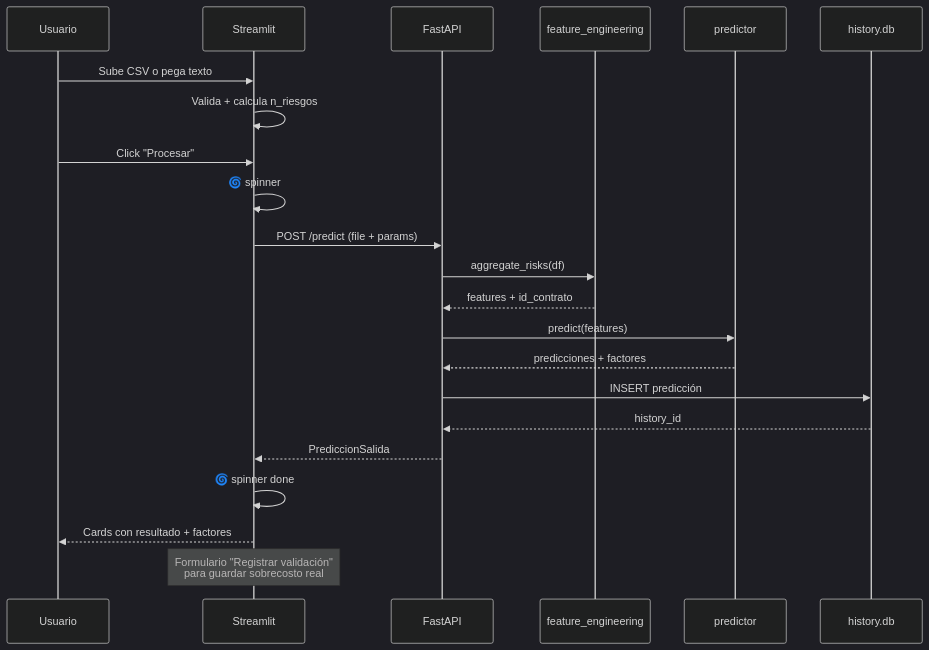
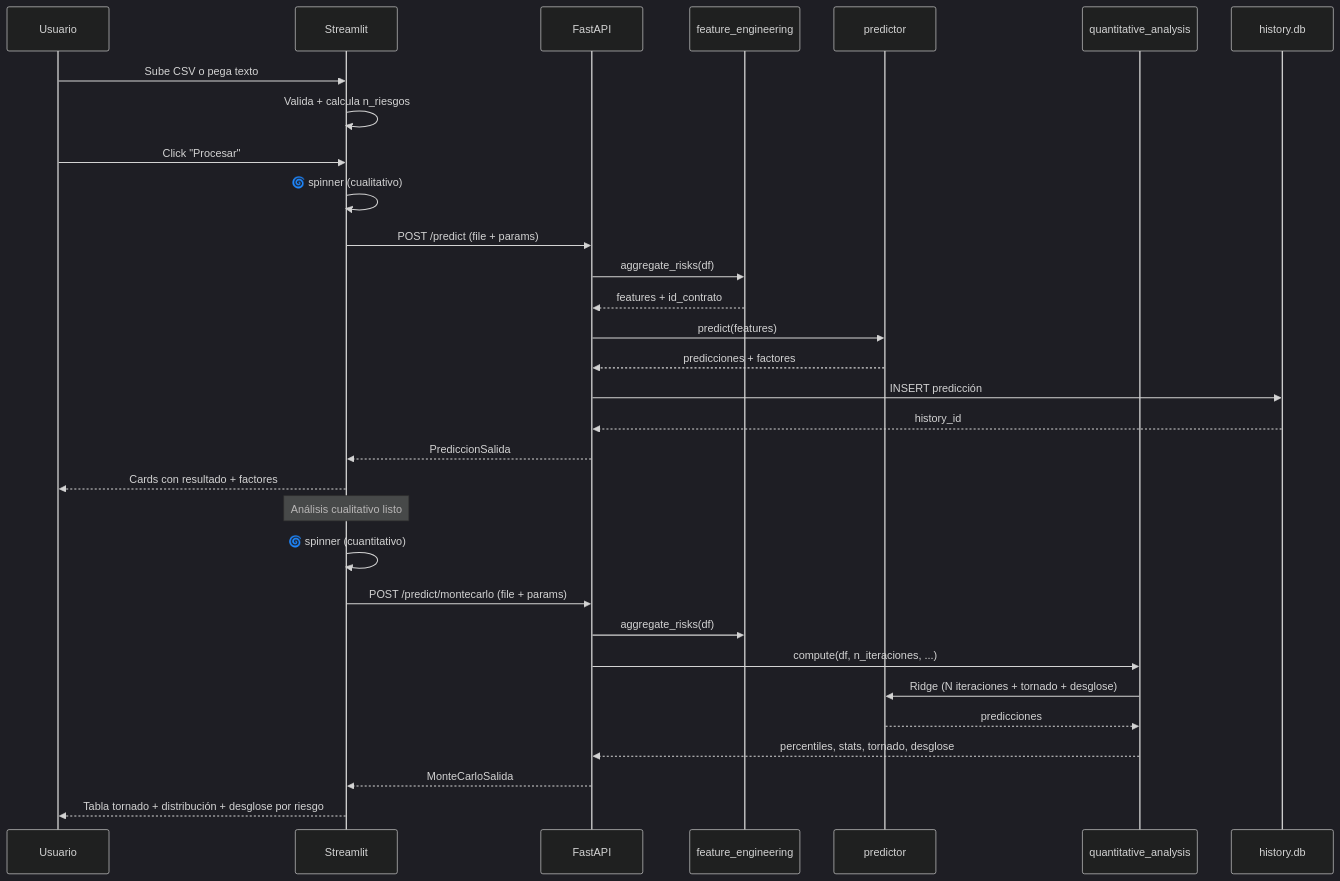
Before and after one commit to sanan1297/risk_project: the second of 7 diagrams in docs/proceso.md, drawn with Mermaid (dark theme). The commit also changed other lines of this file and 5 other files, not shown here.

Commit message:
ajustes de core de prediccion para incluir analisis cuantitativo

````diff
--- a/docs/proceso.md
+++ b/docs/proceso.md
@@ -342,25 +344,35 @@
 ```mermaid
 sequenceDiagram
     participant U as Usuario
     participant F as Streamlit
     participant B as FastAPI
     participant FE as feature_engineering
     participant P as predictor
+    participant QA as quantitative_analysis
     participant DB as history.db
 
     U->>F: Sube CSV o pega texto
     F->>F: Valida + calcula n_riesgos
     U->>F: Click "Procesar"
-    F->>F: 🌀 spinner
+    F->>F: 🌀 spinner (cualitativo)
     F->>B: POST /predict (file + params)
     B->>FE: aggregate_risks(df)
     FE-->>B: features + id_contrato
     B->>P: predict(features)
     P-->>B: predicciones + factores
     B->>DB: INSERT predicción
     DB-->>B: history_id
     B-->>F: PrediccionSalida
-    F->>F: 🌀 spinner done
     F-->>U: Cards con resultado + factores
-    Note over F: Formulario "Registrar validación"<br/>para guardar sobrecosto real
+    Note over F: Análisis cualitativo listo
+
+    F->>F: 🌀 spinner (cuantitativo)
+    F->>B: POST /predict/montecarlo (file + params)
+    B->>FE: aggregate_risks(df)
+    B->>QA: compute(df, n_iteraciones, ...)
+    QA->>P: Ridge (N iteraciones + tornado + desglose)
+    P-->>QA: predicciones
+    QA-->>B: percentiles, stats, tornado, desglose
+    B-->>F: MonteCarloSalida
+    F-->>U: Tabla tornado + distribución + desglose por riesgo
 ```
````
